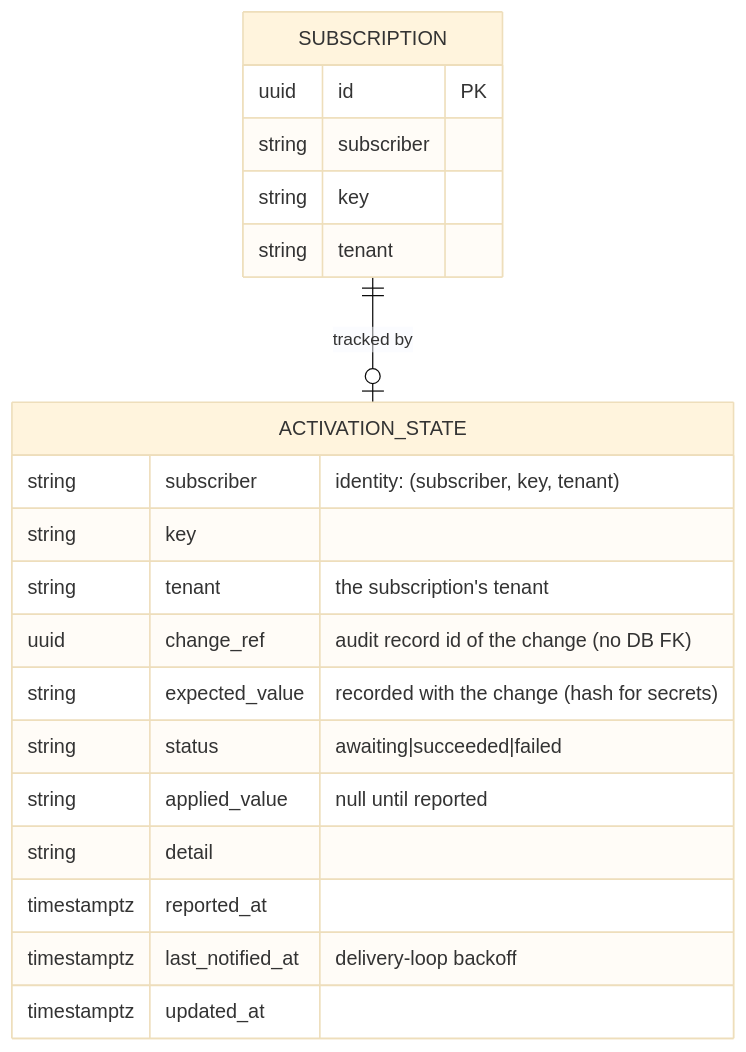
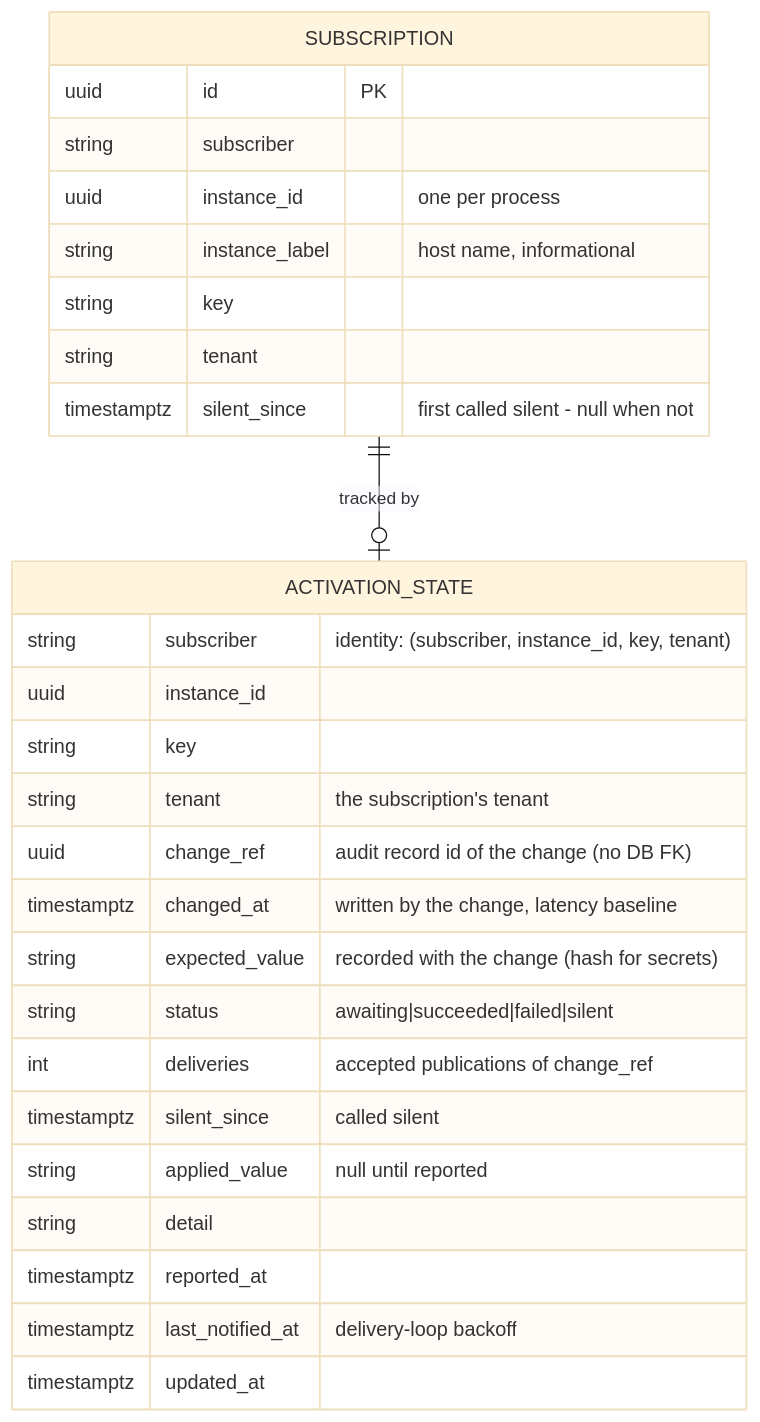
Before and after one commit to shaneemberton/gears-rust: the third of 6 diagrams in gears/settings-service/docs/DESIGN-activation.md, drawn with Mermaid (base theme). The commit also changed other lines of this file and 167 other files, not shown here.

````diff
--- a/gears/settings-service/docs/DESIGN-activation.md
+++ b/gears/settings-service/docs/DESIGN-activation.md
@@ -407,23 +432,30 @@
 ```mermaid
 erDiagram
  SUBSCRIPTION ||--o| ACTIVATION_STATE : "tracked by"
  SUBSCRIPTION {
  uuid id PK
  string subscriber
+ uuid instance_id "one per process"
+ string instance_label "host name, informational"
  string key
  string tenant
+ timestamptz silent_since "first called silent - null when not"
  }
  ACTIVATION_STATE {
- string subscriber "identity: (subscriber, key, tenant)"
+ string subscriber "identity: (subscriber, instance_id, key, tenant)"
+ uuid instance_id
  string key
  string tenant "the subscription's tenant"
  uuid change_ref "audit record id of the change (no DB FK)"
+ timestamptz changed_at "written by the change, latency baseline"
  string expected_value "recorded with the change (hash for secrets)"
- string status "awaiting|succeeded|failed"
+ string status "awaiting|succeeded|failed|silent"
+ int deliveries "accepted publications of change_ref"
+ timestamptz silent_since "called silent"
  string applied_value "null until reported"
  string detail
  timestamptz reported_at
  timestamptz last_notified_at "delivery-loop backoff"
  timestamptz updated_at
  }
 ```
````
